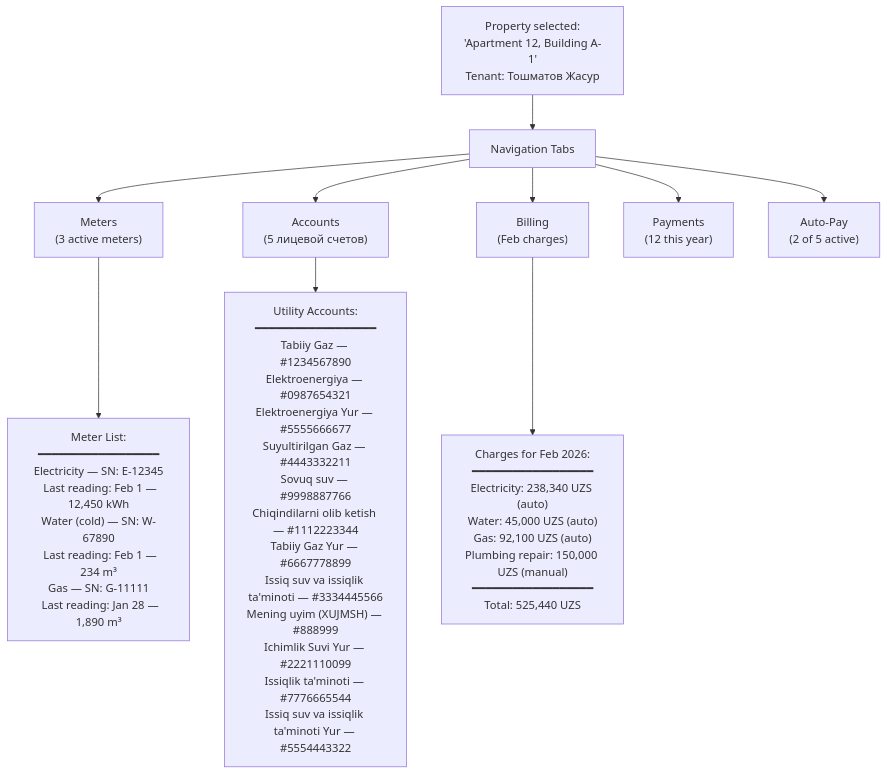
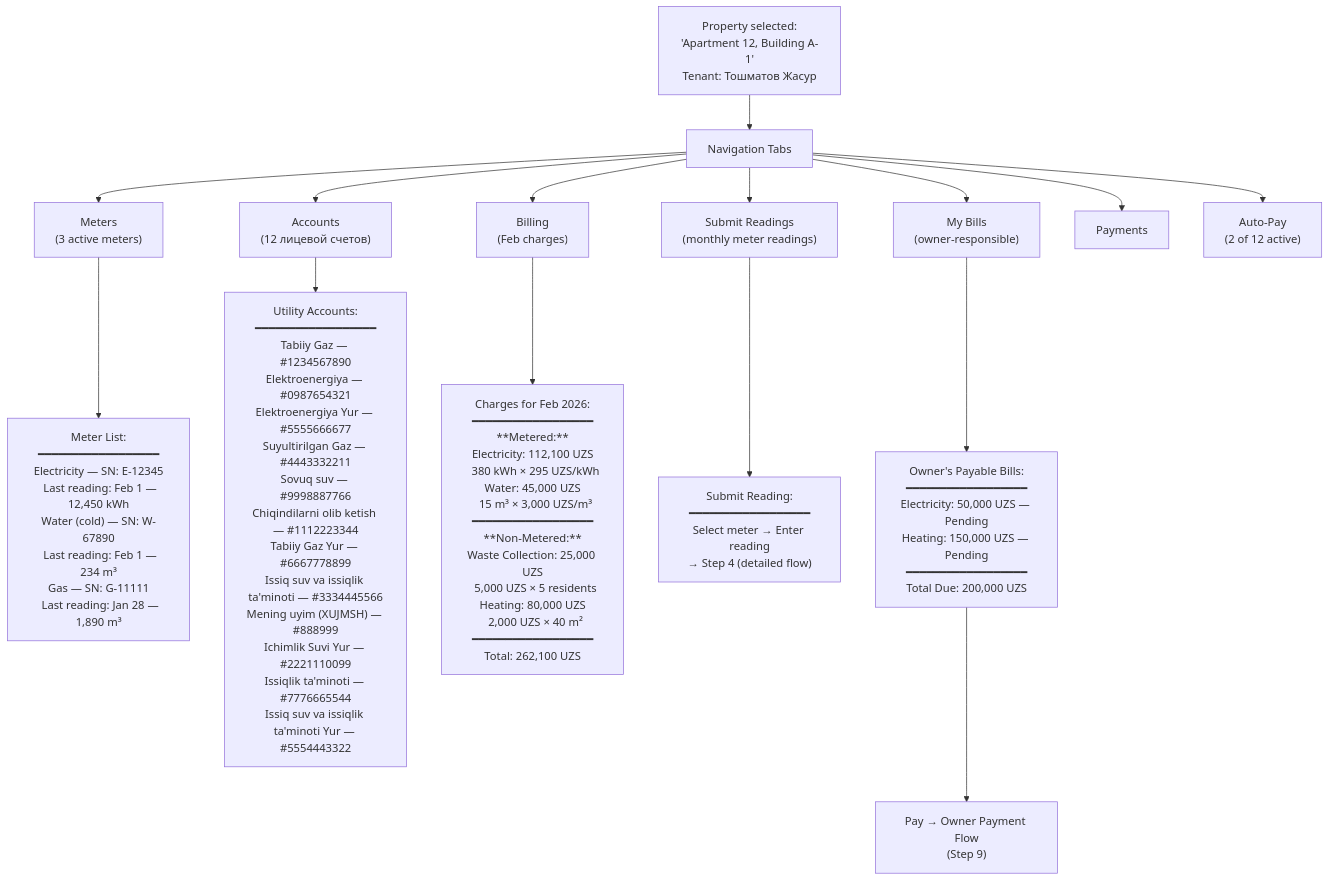
Before and after one commit to saodatm-dev/Utilities---Informational-Architecture: the third of 10 diagrams in Utilities - Business Owner.md, drawn with Mermaid. The commit also changed other lines of this file and 1 other file, not shown here.

Commit message:
feat: Introduce a dedicated owner payable bills section and streamline the business owner utility management flow by integrating payment details and removing a separate payment flow document.

````diff
--- a/Utilities - Business Owner.md
+++ b/Utilities - Business Owner.md
@@ -83,16 +90,24 @@
 ```mermaid
 flowchart TD
     PROP["Property selected:<br/>'Apartment 12, Building A-1'<br/>Tenant: Тошматов Жасур"] --> TABS["Navigation Tabs"]
 
     TABS --> T_METERS["Meters<br/>(3 active meters)"]
-    TABS --> T_ACCOUNTS["Accounts<br/>(5 лицевой счетов)"]
+    TABS --> T_ACCOUNTS["Accounts<br/>(12 лицевой счетов)"]
+    TABS --> T_READINGS["Submit Readings<br/>(monthly meter readings)"]
     TABS --> T_BILLING["Billing<br/>(Feb charges)"]
-    TABS --> T_PAYMENTS["Payments<br/>(12 this year)"]
-    TABS --> T_AUTOPAY["Auto-Pay<br/>(2 of 5 active)"]
+    TABS --> T_MY_BILLS["My Bills<br/>(owner-responsible)"]
+    TABS --> T_PAYMENTS["Payments"]
+    TABS --> T_AUTOPAY["Auto-Pay<br/>(2 of 12 active)"]
 
     T_METERS --> METERS_VIEW["Meter List:<br/>━━━━━━━━━━━━━━━━━━<br/>Electricity — SN: E-12345<br/>  Last reading: Feb 1 — 12,450 kWh<br/>Water (cold) — SN: W-67890<br/>  Last reading: Feb 1 — 234 m³<br/>Gas — SN: G-11111<br/>  Last reading: Jan 28 — 1,890 m³"]
 
     T_ACCOUNTS --> ACC_VIEW["Utility Accounts:<br/>━━━━━━━━━━━━━━━━━━<br/>Tabiiy Gaz — #1234567890<br/>Elektroenergiya — #0987654321<br/>Elektroenergiya Yur — #5555666677<br/>Suyultirilgan Gaz — #4443332211<br/>Sovuq suv — #9998887766<br/>Chiqindilarni olib ketish — #1112223344<br/>Tabiiy Gaz Yur — #6667778899<br/>Issiq suv va issiqlik ta'minoti — #3334445566<br/>Mening uyim (XUJMSH) — #888999<br/>Ichimlik Suvi Yur — #2221110099<br/>Issiqlik ta'minoti — #7776665544<br/>Issiq suv va issiqlik ta'minoti Yur — #5554443322"]
 
-    T_BILLING --> BILL_VIEW["Charges for Feb 2026:<br/>━━━━━━━━━━━━━━━━━━<br/>Electricity: 238,340 UZS (auto)<br/>Water: 45,000 UZS (auto)<br/>Gas: 92,100 UZS (auto)<br/>Plumbing repair: 150,000 UZS (manual)<br/>━━━━━━━━━━━━━━━━━━<br/>Total: 525,440 UZS"]
+    T_BILLING --> BILL_VIEW["Charges for Feb 2026:<br/>━━━━━━━━━━━━━━━━━━<br/>**Metered:**<br/>Electricity: 112,100 UZS<br/>  380 kWh × 295 UZS/kWh<br/>Water: 45,000 UZS<br/>  15 m³ × 3,000 UZS/m³<br/>━━━━━━━━━━━━━━━━━━<br/>**Non-Metered:**<br/>Waste Collection: 25,000 UZS<br/>  5,000 UZS × 5 residents<br/>Heating: 80,000 UZS<br/>  2,000 UZS × 40 m²<br/>━━━━━━━━━━━━━━━━━━<br/>Total: 262,100 UZS"]
+
+    T_READINGS --> READINGS_VIEW["Submit Reading:<br/>━━━━━━━━━━━━━━━━━━<br/>Select meter → Enter reading<br/>→ Step 4 (detailed flow)"]
+
+    T_MY_BILLS --> MY_BILLS_VIEW["Owner's Payable Bills:<br/>━━━━━━━━━━━━━━━━━━<br/>Electricity: 50,000 UZS — Pending<br/>Heating: 150,000 UZS — Pending<br/>━━━━━━━━━━━━━━━━━━<br/>Total Due: 200,000 UZS"]
+
+    MY_BILLS_VIEW --> PAY_BTN["Pay → Owner Payment Flow<br/>(Step 9)"]
 ```
````
